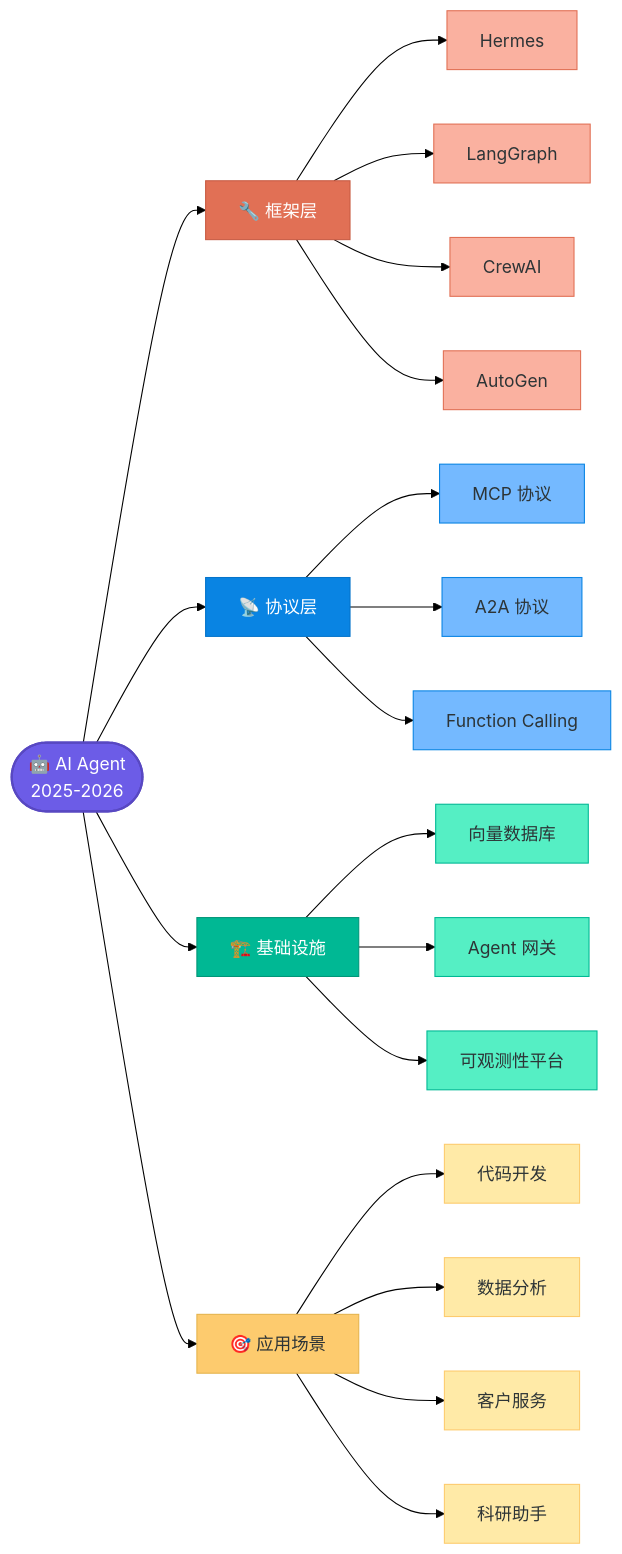
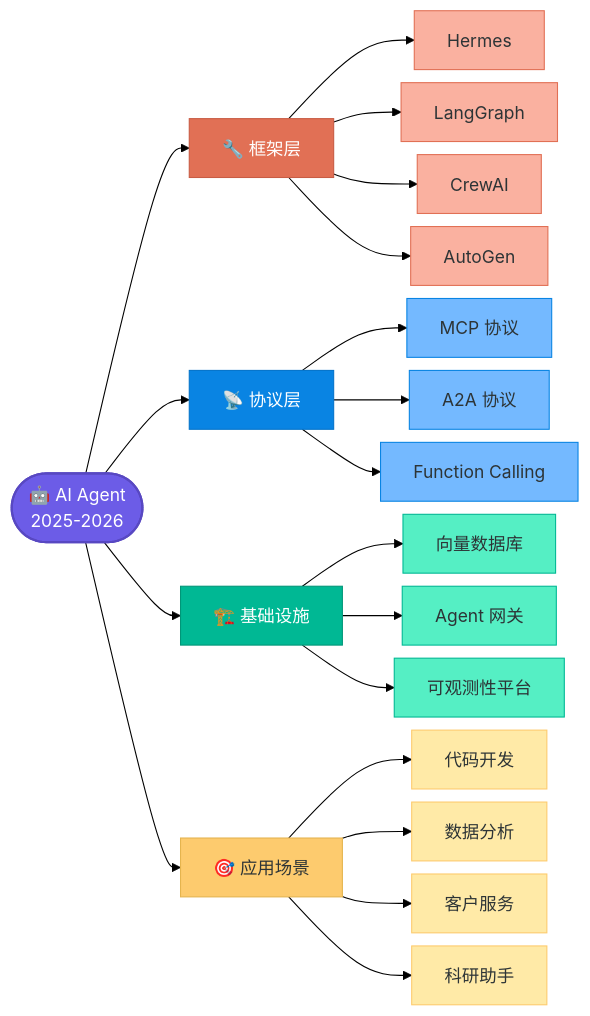
Before and after one commit to caoping0623/caoping0623.github.io: the eighth of 12 diagrams in _posts/2026-04-15-ai-agent.md, drawn with Mermaid (forest theme). The commit also changed other lines of this file and 2 other files, not shown here.

Commit message:
Fix TOC: inline collapsible; thinner arrows; compact diagrams 2.1/4.1
Agent-Logs-Url: https://github.com/caoping0623/caoping0623.github.io/sessions/ba797012-05d6-45b8-b5de-ae155e93bee6

```diff
--- a/_posts/2026-04-15-ai-agent.md
+++ b/_posts/2026-04-15-ai-agent.md
@@ -254,51 +255,52 @@
 <div class="mermaid">
+%%{init: {'flowchart': {'rankSpacing': 35, 'nodeSpacing': 12}}}%%
 graph LR
     ROOT(["🤖 AI Agent<br/>2025-2026"])
 
     ROOT --> F1["🔧 框架层"]
     ROOT --> P1["📡 协议层"]
     ROOT --> I1["🏗️ 基础设施"]
     ROOT --> A1["🎯 应用场景"]
 
     F1 --> F1a["Hermes"]
     F1 --> F1b["LangGraph"]
     F1 --> F1c["CrewAI"]
     F1 --> F1d["AutoGen"]
 
     P1 --> P1a["MCP 协议"]
     P1 --> P1b["A2A 协议"]
     P1 --> P1c["Function Calling"]
 
     I1 --> I1a["向量数据库"]
     I1 --> I1b["Agent 网关"]
     I1 --> I1c["可观测性平台"]
 
     A1 --> A1a["代码开发"]
     A1 --> A1b["数据分析"]
     A1 --> A1c["客户服务"]
     A1 --> A1d["科研助手"]
 
     style ROOT fill:#6c5ce7,color:#ffffff,stroke:#5848c2,stroke-width:2px
 
     style F1 fill:#e17055,color:#ffffff,stroke:#c85c44
     style F1a fill:#fab1a0,color:#2d3436,stroke:#e17055
     style F1b fill:#fab1a0,color:#2d3436,stroke:#e17055
     style F1c fill:#fab1a0,color:#2d3436,stroke:#e17055
     style F1d fill:#fab1a0,color:#2d3436,stroke:#e17055
 
     style P1 fill:#0984e3,color:#ffffff,stroke:#0574ca
     style P1a fill:#74b9ff,color:#2d3436,stroke:#0984e3
     style P1b fill:#74b9ff,color:#2d3436,stroke:#0984e3
     style P1c fill:#74b9ff,color:#2d3436,stroke:#0984e3
 
     style I1 fill:#00b894,color:#ffffff,stroke:#009678
     style I1a fill:#55efc4,color:#2d3436,stroke:#00b894
     style I1b fill:#55efc4,color:#2d3436,stroke:#00b894
     style I1c fill:#55efc4,color:#2d3436,stroke:#00b894
 
     style A1 fill:#fdcb6e,color:#2d3436,stroke:#e5b44e
     style A1a fill:#ffeaa7,color:#2d3436,stroke:#fdcb6e
     style A1b fill:#ffeaa7,color:#2d3436,stroke:#fdcb6e
     style A1c fill:#ffeaa7,color:#2d3436,stroke:#fdcb6e
     style A1d fill:#ffeaa7,color:#2d3436,stroke:#fdcb6e
 </div>
```
